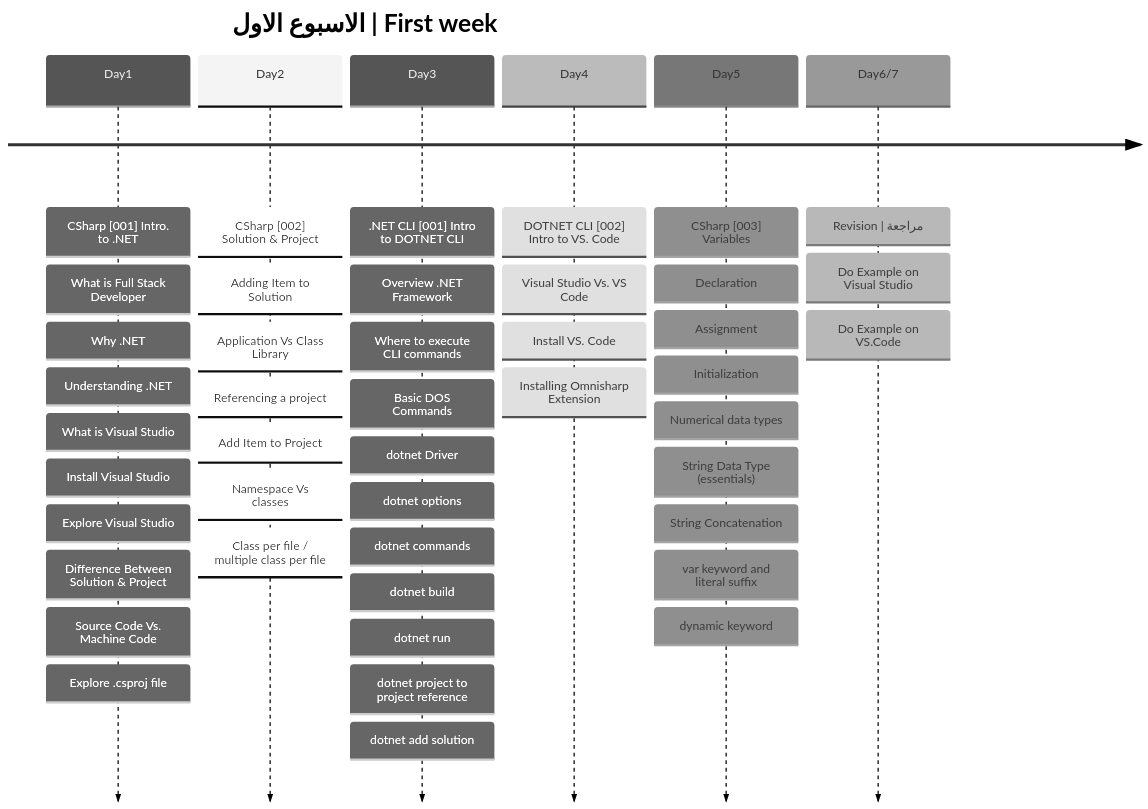
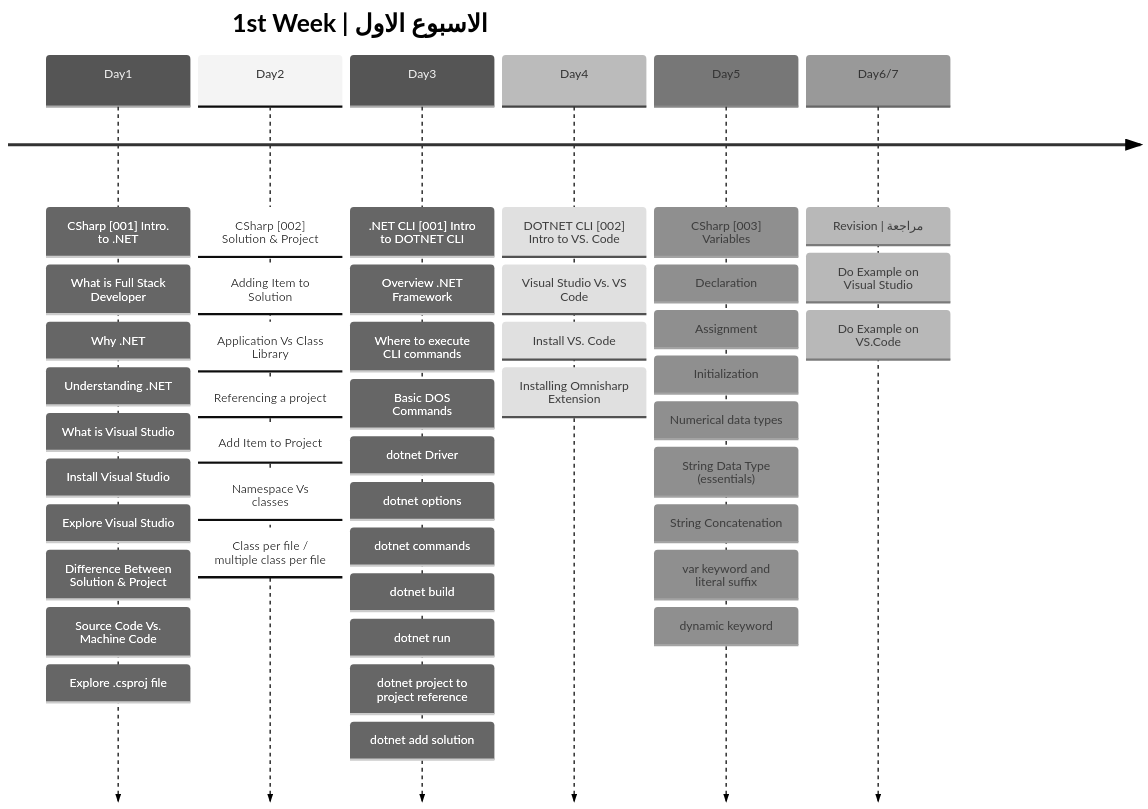
The first of 2 diagrams in README.md (metigator/Roadmap), drawn with Mermaid (neutral theme) before and after one commit. The commit also changed other lines of this file, not shown here.

````diff
--- a/README.md
+++ b/README.md
@@ -6,49 +6,49 @@
 ```mermaid
 timeline
-    title الاسبوع الاول | First week
+    title  1st Week | الاسبوع الاول 
     Day1 : CSharp [001] Intro. to .NET
          : What is Full Stack Developer
          : Why .NET
          : Understanding .NET
          : What is Visual Studio
          : Install Visual Studio
          : Explore Visual Studio
          : Difference Between Solution & Project
          : Source Code Vs. Machine Code
          : Explore .csproj file
     Day2 : CSharp [002] Solution & Project
          : Adding Item to Solution
          : Application Vs Class Library
          : Referencing a project
          : Add Item to Project
          : Namespace Vs classes
          : Class per file / multiple class per file 
     Day3 : .NET CLI [001] Intro to DOTNET CLI
          : Overview .NET Framework
          : Where to execute CLI commands
          : Basic DOS Commands
          : dotnet Driver
          : dotnet options
          : dotnet commands
          : dotnet build
          : dotnet run
          : dotnet project to project reference
          : dotnet add solution
     Day4 : DOTNET CLI [002] Intro to VS. Code
          : Visual Studio Vs. VS Code
          : Install VS. Code
          : Installing Omnisharp Extension
     Day5 : CSharp [003] Variables 
          : Declaration
          : Assignment
          : Initialization
          : Numerical data types
          : String Data Type (essentials)
          : String Concatenation
          : var keyword and literal suffix
          : dynamic keyword
   Day6/7 : Revision | مراجعة
          : Do Example on Visual Studio
          : Do Example on VS.Code
          
 ```
````
